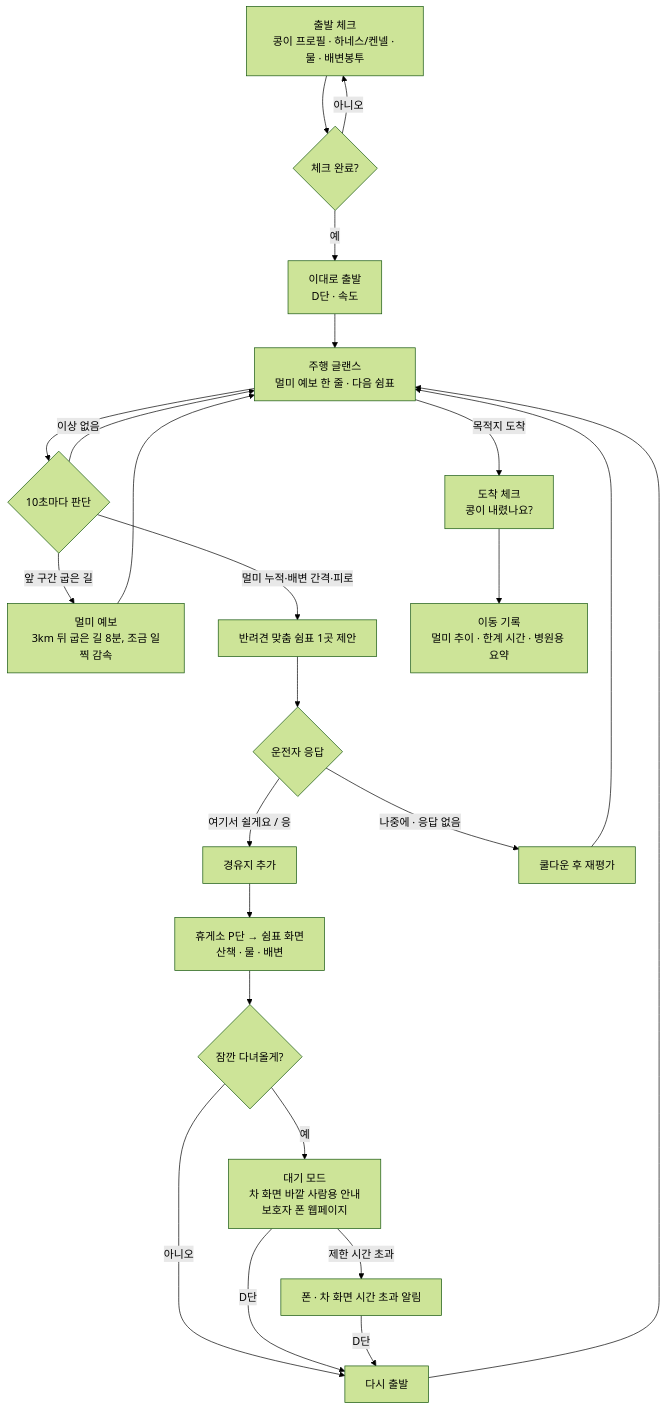
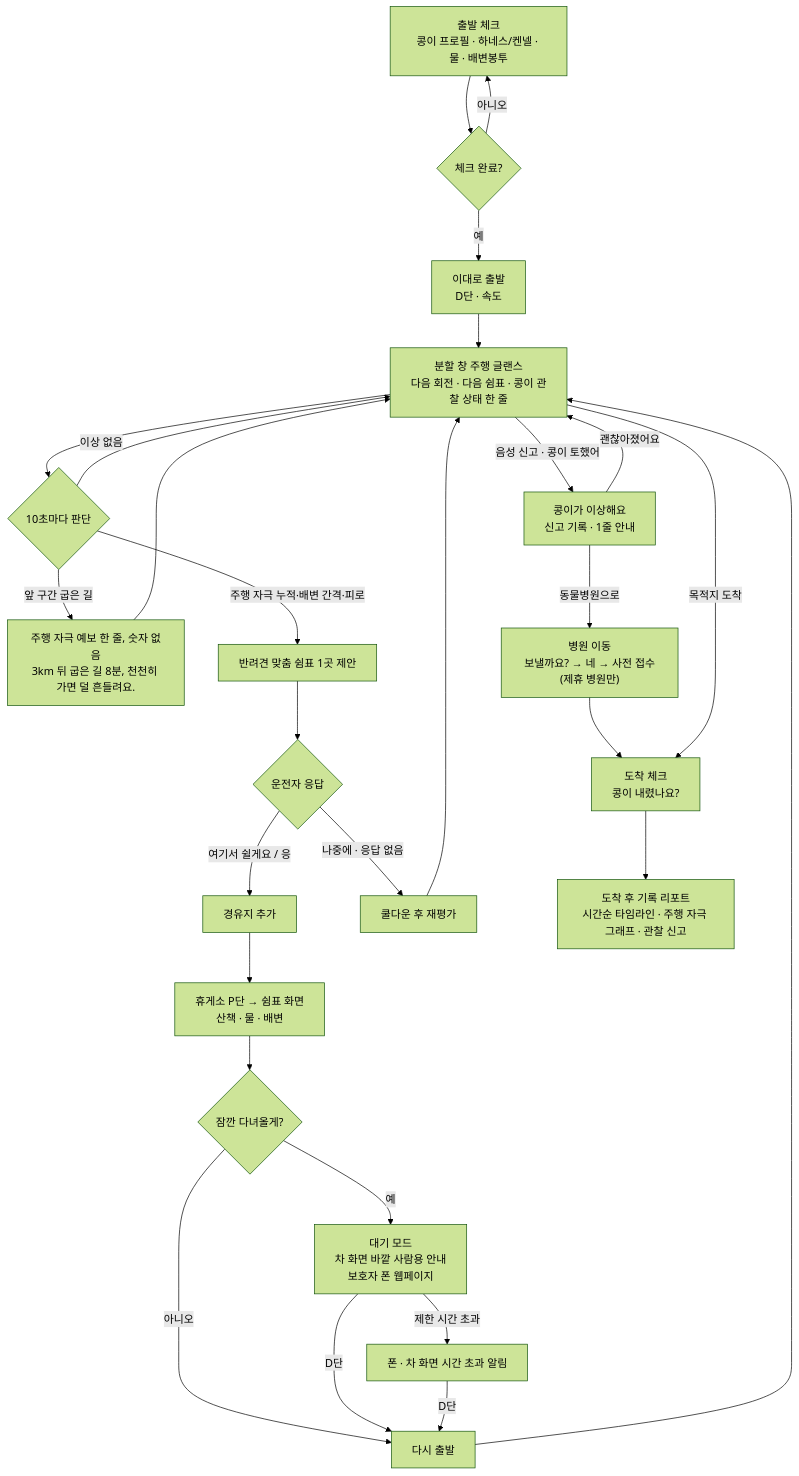
Before and after one commit to xuxtaku7610-del/every-moment-of-pause: the first of 7 diagrams in flowchart.md, drawn with Mermaid (forest theme). The commit also changed other lines of this file and 78 other files, not shown here.

Commit message:
서비스 구조 재정비: 주행 자극·관찰 상태 분리, 분할 창 주행, 타임라인 리포트

````diff
--- a/flowchart.md
+++ b/flowchart.md
@@ -5,26 +7,30 @@
 ```mermaid
 flowchart TD
     A["출발 체크<br/>콩이 프로필 · 하네스/켄넬 · 물 · 배변봉투"] --> B{"체크 완료?"}
     B -->|"아니오"| A
     B -->|"예"| C["이대로 출발<br/>D단 · 속도"]
-    C --> D["주행 글랜스<br/>멀미 예보 한 줄 · 다음 쉼표"]
+    C --> D["분할 창 주행 글랜스<br/>다음 회전 · 다음 쉼표 · 콩이 관찰 상태 한 줄"]
     D --> E{"10초마다 판단"}
-    E -->|"앞 구간 굽은 길"| F["멀미 예보<br/>3km 뒤 굽은 길 8분, 조금 일찍 감속"]
-    E -->|"멀미 누적·배변 간격·피로"| G["반려견 맞춤 쉼표 1곳 제안"]
+    E -->|"앞 구간 굽은 길"| F["주행 자극 예보 한 줄, 숫자 없음<br/>3km 뒤 굽은 길 8분, 천천히 가면 덜 흔들려요."]
+    E -->|"주행 자극 누적·배변 간격·피로"| G["반려견 맞춤 쉼표 1곳 제안"]
+    D -->|"음성 신고 · 콩이 토했어"| R["콩이가 이상해요<br/>신고 기록 · 1줄 안내"]
+    R -->|"괜찮아졌어요"| D
+    R -->|"동물병원으로"| V["병원 이동<br/>보낼까요? → 네 → 사전 접수(제휴 병원만)"]
+    V --> O
     E -->|"이상 없음"| D
     F --> D
     G --> H{"운전자 응답"}
     H -->|"여기서 쉴게요 / 응"| I["경유지 추가"]
     H -->|"나중에 · 응답 없음"| J["쿨다운 후 재평가"]
     J --> D
     I --> K["휴게소 P단 → 쉼표 화면<br/>산책 · 물 · 배변"]
     K --> L{"잠깐 다녀올게?"}
     L -->|"예"| M["대기 모드<br/>차 화면 바깥 사람용 안내<br/>보호자 폰 웹페이지"]
     L -->|"아니오"| N["다시 출발"]
     M -->|"제한 시간 초과"| M2["폰 · 차 화면 시간 초과 알림"]
     M -->|"D단"| N
     M2 -->|"D단"| N
     N --> D
     D -->|"목적지 도착"| O["도착 체크<br/>콩이 내렸나요?"]
-    O --> P["이동 기록<br/>멀미 추이 · 한계 시간 · 병원용 요약"]
+    O --> P["도착 후 기록 리포트<br/>시간순 타임라인 · 주행 자극 그래프 · 관찰 신고"]
 ```
````
